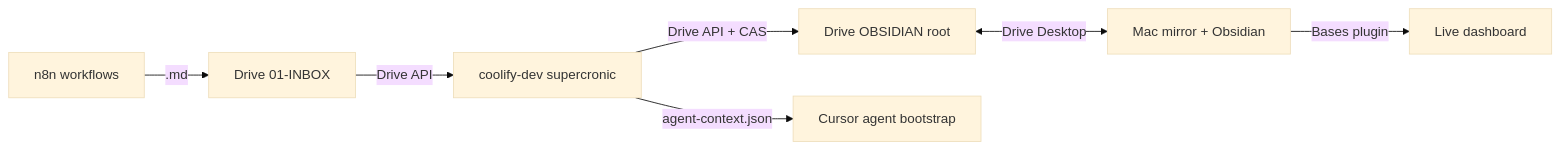
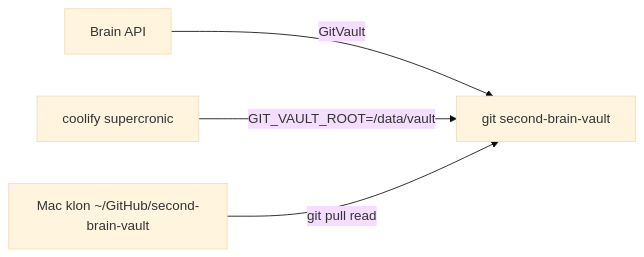
The diagram in vps/second-brain-hub/README.md (LC-RBEDU/second-brain), drawn with Mermaid (base theme) before and after one commit. The commit also changed other lines of this file and 80 other files, not shown here.

Commit message:
Point agents at the git vault instead of Drive OBSIDIAN.

````diff
--- a/vps/second-brain-hub/README.md
+++ b/vps/second-brain-hub/README.md
@@ -10,9 +10,6 @@
 ```mermaid
 flowchart LR
-  n8n[n8n workflows] -->|.md| DriveInbox[Drive 01-INBOX]
-  DriveInbox -->|Drive API| Cron[coolify-dev supercronic]
-  Cron -->|Drive API + CAS| Vault[Drive OBSIDIAN root]
-  Vault <-->|Drive Desktop| Mac[Mac mirror + Obsidian]
-  Mac -->|Bases plugin| Dashboard[Live dashboard]
-  Cron -->|agent-context.json| Agent[Cursor agent bootstrap]
+  Brain[Brain API] -->|GitVault| Vault[git second-brain-vault]
+  Cron[coolify supercronic] -->|GIT_VAULT_ROOT=/data/vault| Vault
+  Mac[Mac klon ~/GitHub/second-brain-vault] -->|git pull read| Vault
 ```
````
